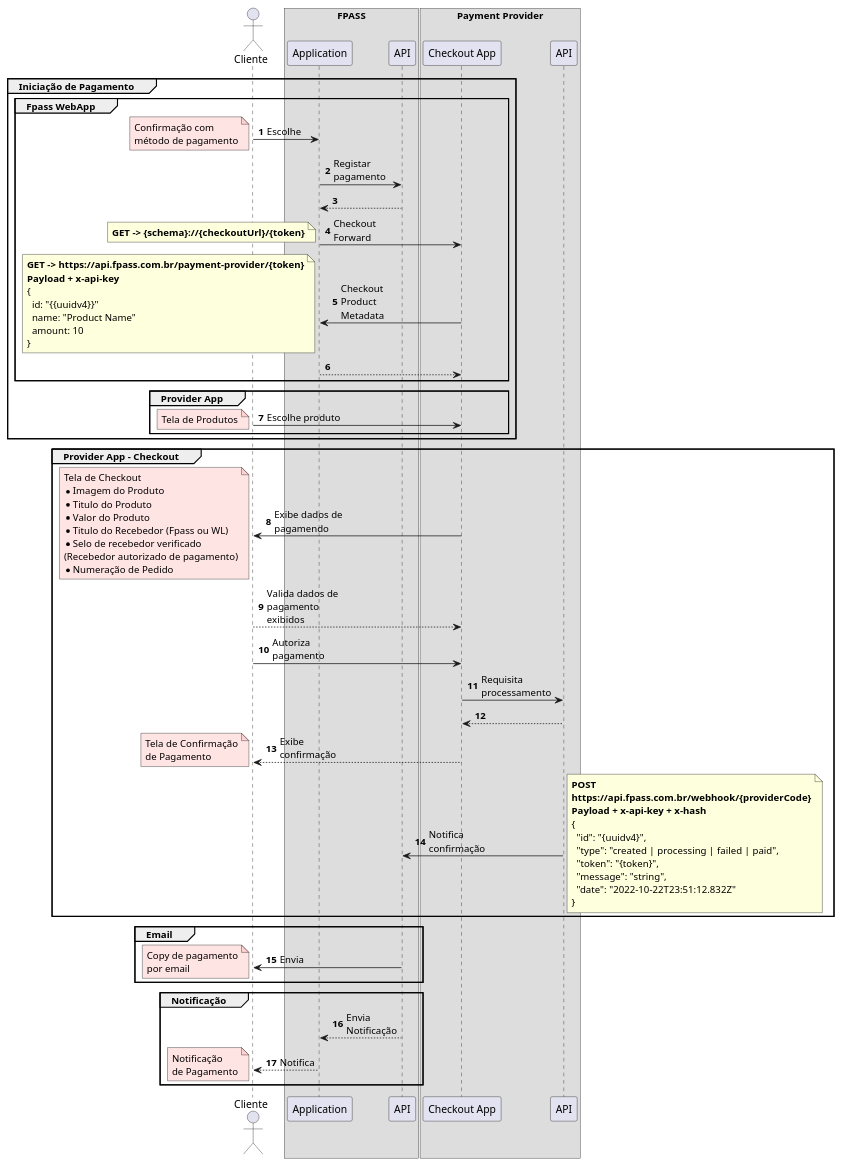
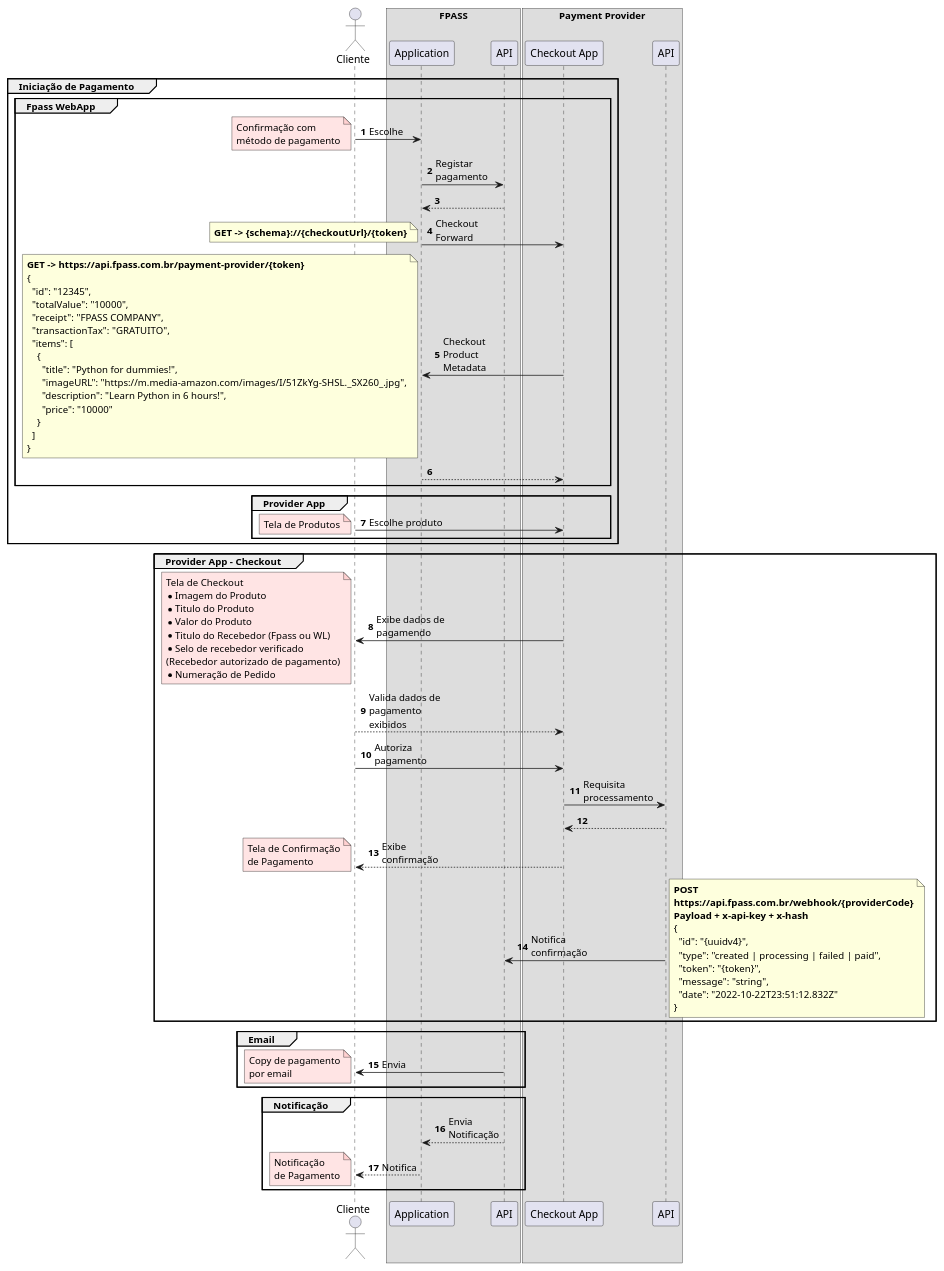
One commit to Holding-Fpass/payment-provider-sdk changed the diagram in uml/overview-systems-integration.iuml. Above: the diagram before and after it, drawn with PlantUML.

Commit message:
Checkout Product Metadata Payload

```diff
--- a/uml/overview-systems-integration.iuml
+++ b/uml/overview-systems-integration.iuml
@@ -1,103 +1,111 @@
 @startuml FPass Payment Providers
 skinparam maxMessageSize 100
 autonumber
 
 actor Cliente
 
 box FPASS
 participant FpassApp as "Application"
 participant FpassAPI as "API"
 end box
 
 box Payment Provider
 participant PaymentProviderApp as "Checkout App"
 participant PaymentProviderAPI as "API"
 end box
 
 group Iniciação de Pagamento
   group Fpass WebApp
     Cliente -> FpassApp: Escolhe
     note left #FFAAAA50
     Confirmação com
     método de pagamento
     end note
     FpassApp -> FpassAPI: Registar pagamento
     return
     FpassApp -> PaymentProviderApp: Checkout Forward
     note left
       **GET -> {schema}://{checkoutUrl}/{token}**
     end note
     PaymentProviderApp -> FpassApp: Checkout Product Metadata
     note left
       **GET -> https://api.fpass.com.br/payment-provider/{token}**
-      **Payload + x-api-key**
       {
-        id: "{{uuidv4}}"
-        name: "Product Name"
-        amount: 10
+        "id": "12345",
+        "totalValue": "10000",
+        "receipt": "FPASS COMPANY",
+        "transactionTax": "GRATUITO",
+        "items": [
+          {
+            "title": "Python for dummies!",
+            "imageURL": "https://m.media-amazon.com/images/I/51ZkYg-SHSL._SX260_.jpg",
+            "description": "Learn Python in 6 hours!",
+            "price": "10000"
+          }
+        ]
       }
     end note
     return
   end
 
   group Provider App
     Cliente -> PaymentProviderApp: Escolhe produto
     note left #FFAAAA50
     Tela de Produtos
     end note
   end
 
 end
 
 group Provider App - Checkout
   PaymentProviderApp -> Cliente: Exibe dados de pagamendo
   note left #FFAAAA50
     Tela de Checkout
     * Imagem do Produto
     * Titulo do Produto
     * Valor do Produto
     * Titulo do Recebedor (Fpass ou WL)
     * Selo de recebedor verificado
     (Recebedor autorizado de pagamento)
     * Numeração de Pedido
     end note
   Cliente --> PaymentProviderApp: Valida dados de pagamento exibidos
   Cliente -> PaymentProviderApp: Autoriza pagamento
   PaymentProviderApp -> PaymentProviderAPI: Requisita processamento
   return
   PaymentProviderApp --> Cliente: Exibe confirmação
   note left #FFAAAA50
     Tela de Confirmação
     de Pagamento
   end note
   PaymentProviderAPI -> FpassAPI: Notifica confirmação
   note right
     **POST**
     **https://api.fpass.com.br/webhook/{providerCode}**
     **Payload + x-api-key + x-hash**
     {
       "id": "{uuidv4}",
       "type": "created | processing | failed | paid",
       "token": "{token}",
       "message": "string",
       "date": "2022-10-22T23:51:12.832Z"
     }
   end note
 end
 
 group Email
 FpassAPI -> Cliente: Envia
 note left #FFAAAA50
   Copy de pagamento
   por email
 end note
 end
 group Notificação
 FpassAPI --> FpassApp: Envia Notificação
 FpassApp --> Cliente: Notifica
 note left #FFAAAA50
     Notificação
     de Pagamento
   end note
 end
 @enduml
```
